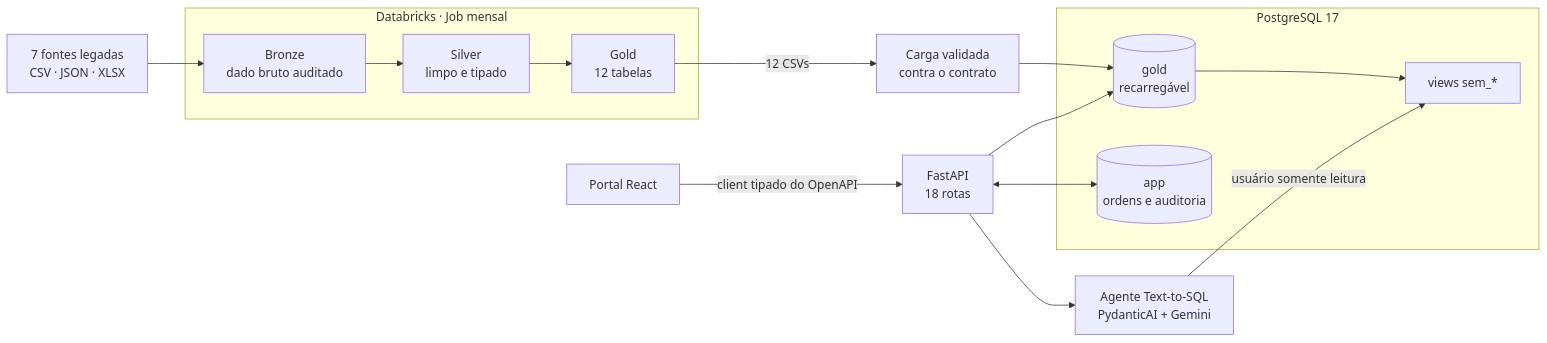
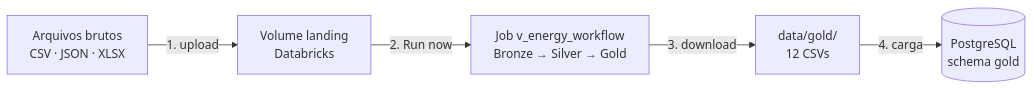
One commit to felipe-matias-dev/404-GhostNotFound changed the second of 2 diagrams in README.md. Above: the diagram before and after it, drawn with Mermaid. The commit also changed other lines of this file and 20 other files, not shown here.

````diff
--- a/README.md
+++ b/README.md
@@ -79,24 +189,7 @@
 ```mermaid
 flowchart LR
-  SRC["7 fontes legadas<br/>CSV · JSON · XLSX"]
-
-  subgraph DBX["Databricks · Job mensal"]
-    BR["Bronze<br/>dado bruto auditado"] --> SV["Silver<br/>limpo e tipado"] --> GD["Gold<br/>12 tabelas"]
-  end
-
-  subgraph PG["PostgreSQL 17"]
-    GOLD[("gold<br/>recarregável")]
-    SEM["views sem_*"]
-    APP[("app<br/>ordens e auditoria")]
-  end
-
-  SRC --> BR
-  GD -- "12 CSVs" --> CARGA["Carga validada<br/>contra o contrato"]
-  CARGA --> GOLD
-  GOLD --> SEM
-  API["FastAPI<br/>18 rotas"] --> GOLD
-  API <--> APP
-  API --> AG["Agente Text-to-SQL<br/>PydanticAI + Gemini"]
-  AG -- "usuário somente leitura" --> SEM
-  WEB["Portal React"] -- "client tipado do OpenAPI" --> API
+  RAW["Arquivos brutos<br/>CSV · JSON · XLSX"] -- "1. upload" --> LND["Volume landing<br/>Databricks"]
+  LND -- "2. Run now" --> JOB["Job v_energy_workflow<br/>Bronze → Silver → Gold"]
+  JOB -- "3. download" --> DIR["data/gold/<br/>12 CSVs"]
+  DIR -- "4. carga" --> PG[("PostgreSQL<br/>schema gold")]
 ```
````
